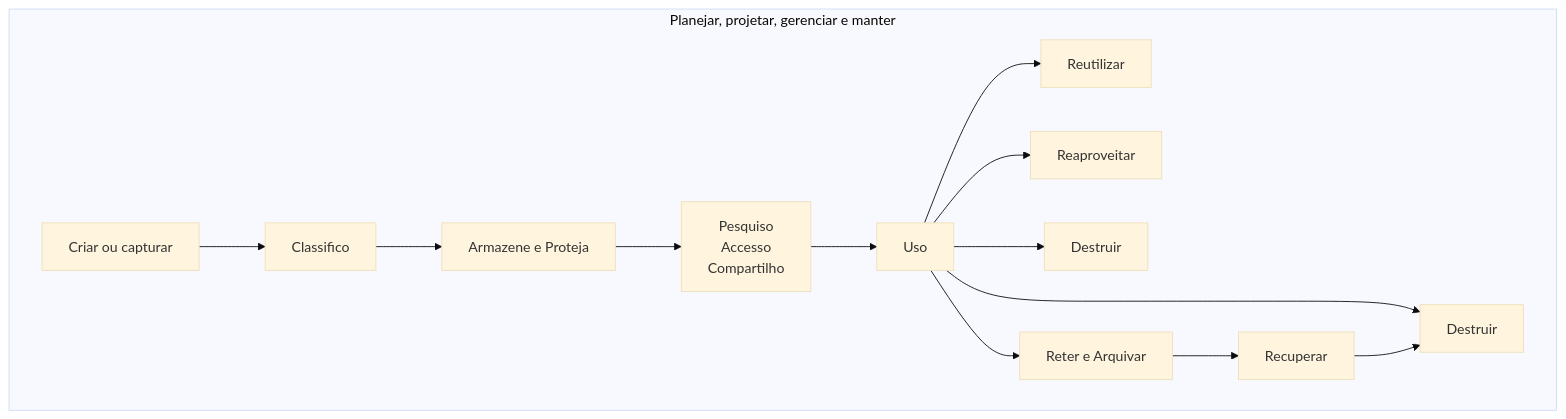
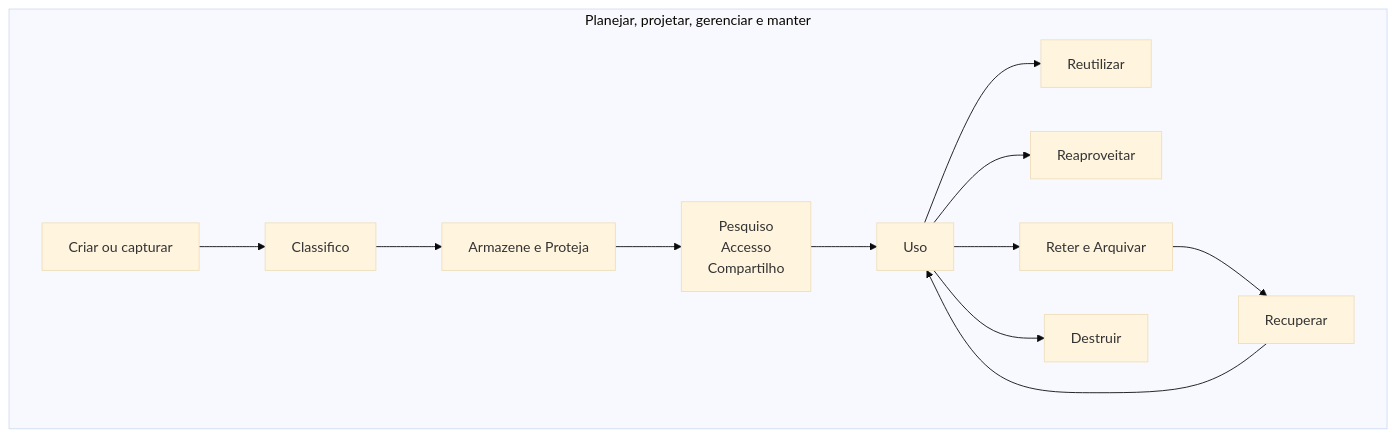
Before and after one commit to 60pportunities/EngenhariaSoftware: the first of 3 diagrams in docs/Dados/Introdução.md, drawn with Mermaid (base theme). The commit also changed other lines of this file and 54 other files, not shown here.

````diff
--- a/docs/Dados/Introdução.md
+++ b/docs/Dados/Introdução.md
@@ -119,16 +120,15 @@
 ```mermaid
 flowchart
 subgraph C3["Planejar, projetar, gerenciar e manter"]
 A[Criar ou capturar] --> B[Classifico]
 B --> C[Armazene e Proteja]
 C --> D[Pesquiso</br>Accesso</br>Compartilho]
 D --> E[Uso]
 E --> F[Reutilizar]
 E --> G[Reaproveitar]
-E --> H[Destruir]
 E --> I[Reter e Arquivar]
 E --> K[Destruir]
 I --> J[Recuperar]
-J --> K
+J --> E
 end
 ```
````
